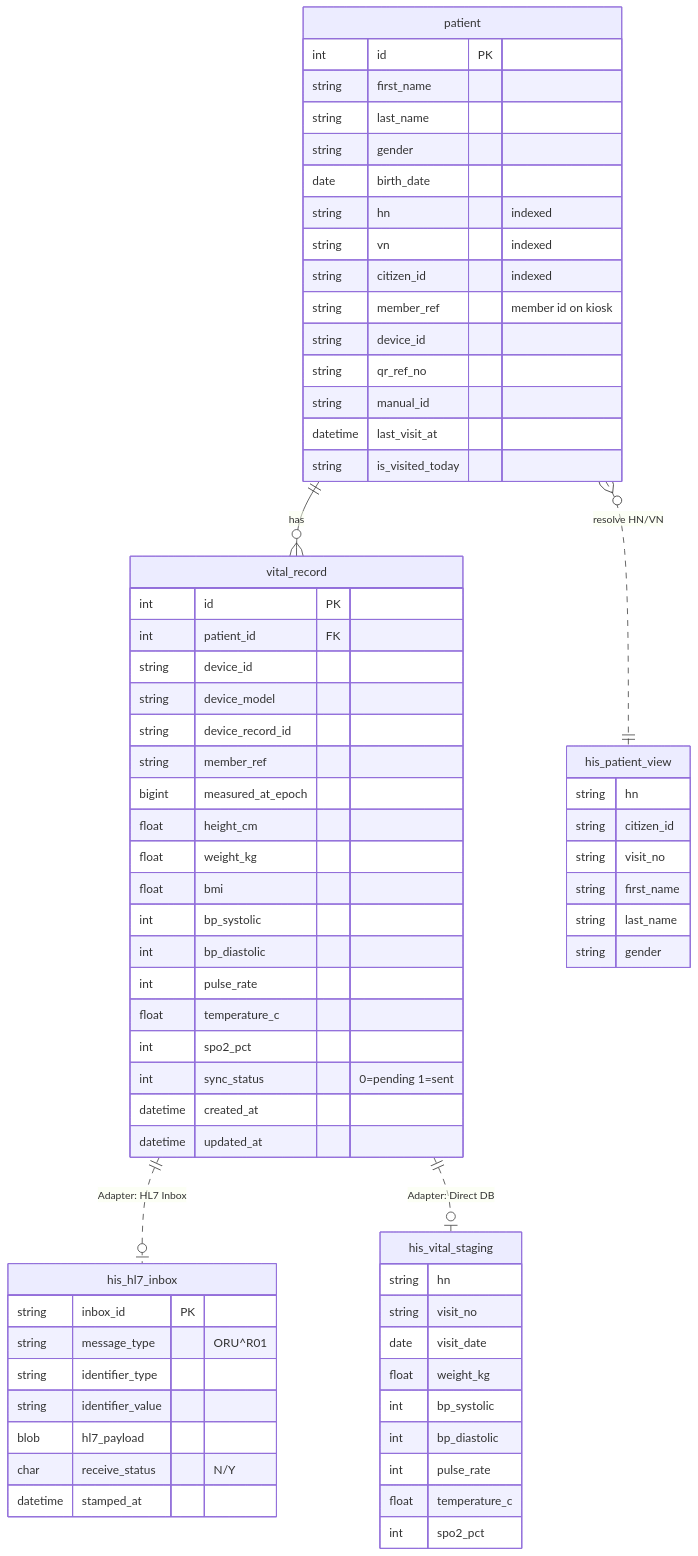
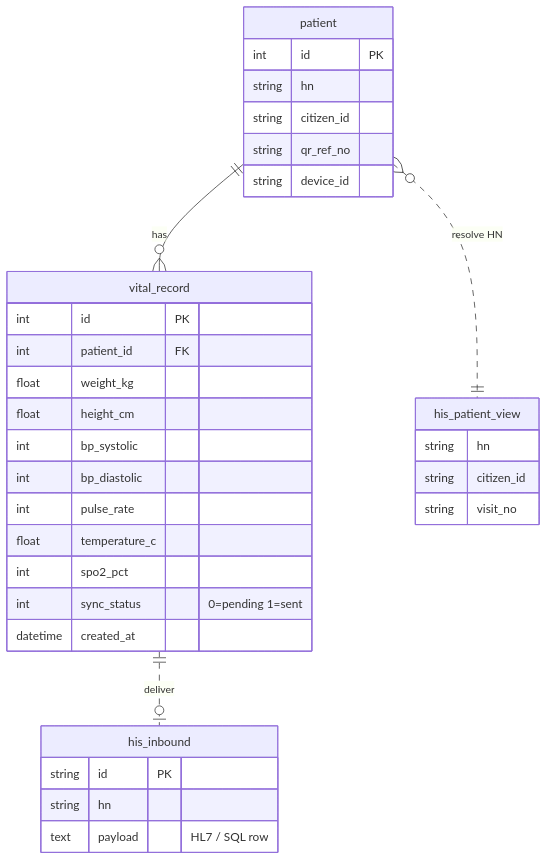
Before and after one commit to NekoYanaki/opd-vitals-his-gateway: the second of 2 diagrams in README.en.md, drawn with Mermaid. The commit also changed other lines of this file and 1 other file, not shown here.

Commit message:
Add NDA notice, trim API and ERD to core items

````diff
--- a/README.en.md
+++ b/README.en.md
@@ -142,71 +104,36 @@
 ```mermaid
 erDiagram
     patient ||--o{ vital_record : "has"
     patient {
         int id PK
-        string first_name
-        string last_name
-        string gender
-        date birth_date
-        string hn "indexed"
-        string vn "indexed"
-        string citizen_id "indexed"
-        string member_ref "member id on kiosk"
+        string hn
+        string citizen_id
+        string qr_ref_no
         string device_id
-        string qr_ref_no
-        string manual_id
-        datetime last_visit_at
-        string is_visited_today
     }
     vital_record {
         int id PK
         int patient_id FK
-        string device_id
-        string device_model
-        string device_record_id
-        string member_ref
-        bigint measured_at_epoch
+        float weight_kg
         float height_cm
-        float weight_kg
-        float bmi
         int bp_systolic
         int bp_diastolic
         int pulse_rate
         float temperature_c
         int spo2_pct
         int sync_status "0=pending 1=sent"
         datetime created_at
-        datetime updated_at
     }
     his_patient_view {
         string hn
         string citizen_id
         string visit_no
-        string first_name
-        string last_name
-        string gender
     }
-    his_hl7_inbox {
-        string inbox_id PK
-        string message_type "ORU^R01"
-        string identifier_type
-        string identifier_value
-        blob hl7_payload
-        char receive_status "N/Y"
-        datetime stamped_at
+    his_inbound {
+        string id PK
+        string hn
+        text payload "HL7 / SQL row"
     }
-    his_vital_staging {
-        string hn
-        string visit_no
-        date visit_date
-        float weight_kg
-        int bp_systolic
-        int bp_diastolic
-        int pulse_rate
-        float temperature_c
-        int spo2_pct
-    }
-    patient }o..|| his_patient_view : "resolve HN/VN"
-    vital_record ||..o| his_hl7_inbox : "Adapter: HL7 Inbox"
-    vital_record ||..o| his_vital_staging : "Adapter: Direct DB"
+    patient }o..|| his_patient_view : "resolve HN"
+    vital_record ||..o| his_inbound : "deliver"
 ```
````
